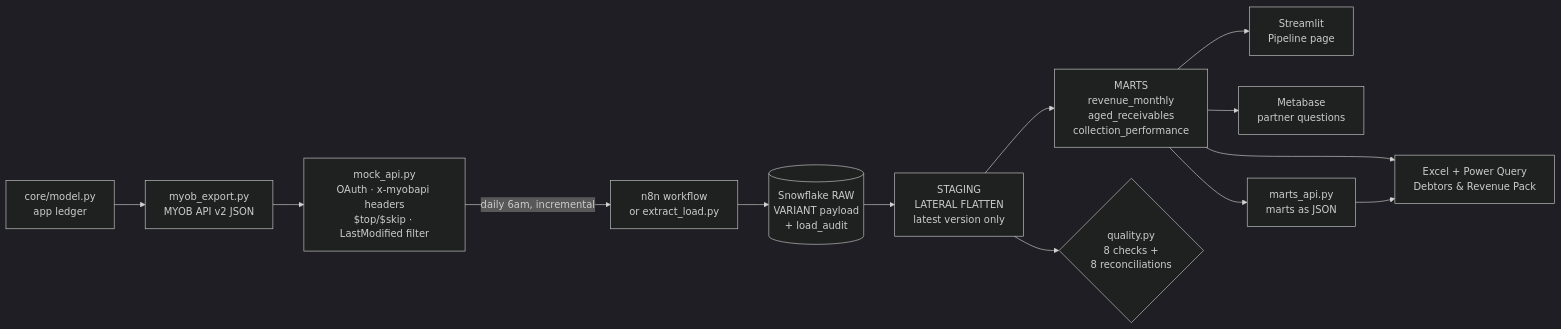
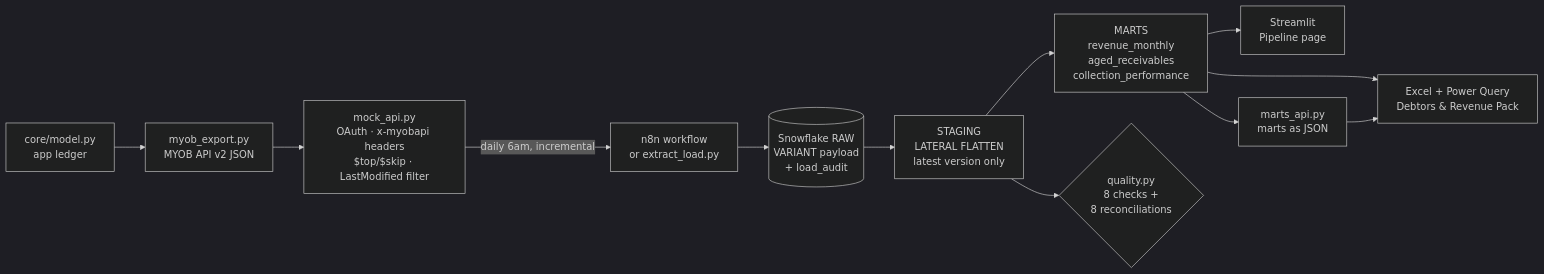
One commit to brianphu2310/Law_Firm_Operations_Intelliigence changed the diagram in docs/PIPELINE.md. Above: the diagram before and after it, drawn with Mermaid (dark theme). The commit also changed other lines of this file and 9 other files, not shown here.

````diff
--- a/docs/PIPELINE.md
+++ b/docs/PIPELINE.md
@@ -13,15 +13,14 @@
 ```mermaid
 flowchart LR
     model["core/model.py<br/>app ledger"] --> export["myob_export.py<br/>MYOB API v2 JSON"]
     export --> api["mock_api.py<br/>OAuth · x-myobapi headers<br/>$top/$skip · LastModified filter"]
     api -->|daily 6am, incremental| n8n["n8n workflow<br/>or extract_load.py"]
     n8n --> raw[("Snowflake RAW<br/>VARIANT payload<br/>+ load_audit")]
     raw --> stg["STAGING<br/>LATERAL FLATTEN<br/>latest version only"]
     stg --> marts["MARTS<br/>revenue_monthly<br/>aged_receivables<br/>collection_performance"]
     marts --> pq["Excel + Power Query<br/>Debtors & Revenue Pack"]
     marts --> st["Streamlit<br/>Pipeline page"]
-    marts --> mb["Metabase<br/>partner questions"]
     marts --> api2["marts_api.py<br/>marts as JSON"]
     api2 --> pq
     stg --> dq{"quality.py<br/>8 checks +<br/>8 reconciliations"}
 ```
````
